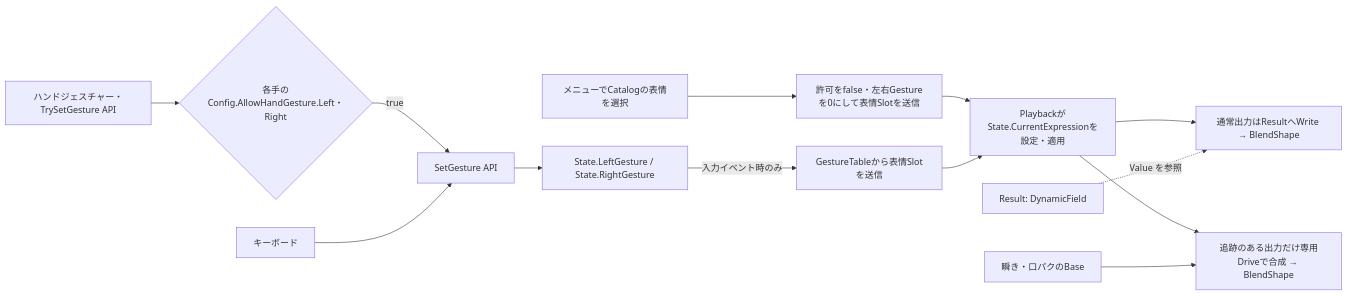
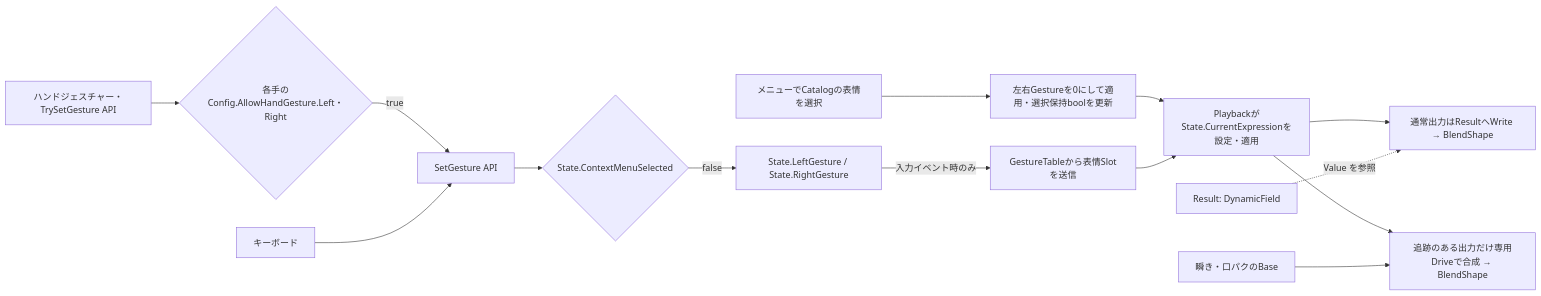
Before and after one commit to orange3134/VRMtoResonitePackage: the diagram in docs/expression-system.md, drawn with Mermaid. The commit also changed other lines of this file and 16 other files, not shown here.

Commit message:
Preserve gesture settings while holding context menu expressions

````diff
--- a/docs/expression-system.md
+++ b/docs/expression-system.md
@@ -260,15 +274,16 @@
 ```mermaid
 flowchart LR
     H[ハンドジェスチャー・TrySetGesture API] --> G{各手のConfig.AllowHandGesture.Left・Right}
     G -->|true| U[SetGesture API]
     K[キーボード] --> U
-    U --> S[State.LeftGesture / State.RightGesture]
-    D[メニューでCatalogの表情を選択] --> T[許可をfalse・左右Gestureを0にして表情Slotを送信]
+    U --> L{State.ContextMenuSelected}
+    L -->|false| S[State.LeftGesture / State.RightGesture]
+    D[メニューでCatalogの表情を選択] --> T[左右Gestureを0にして適用・選択保持boolを更新]
     T --> R
     S -->|入力イベント時のみ| P[GestureTableから表情Slotを送信]
     P --> R[PlaybackがState.CurrentExpressionを設定・適用]
     R --> V[通常出力はResultへWrite → BlendShape]
     R --> Q[追跡のある出力だけ専用Driveで合成 → BlendShape]
     B[瞬き・口パクのBase] --> Q
     Result[Result: DynamicField] -. Value を参照 .-> V
 ```
````
